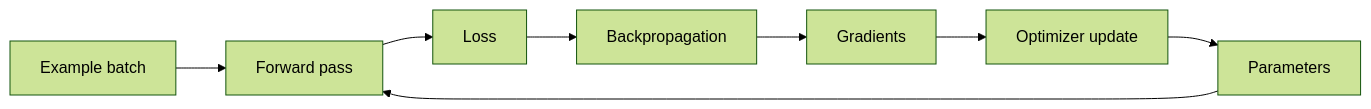
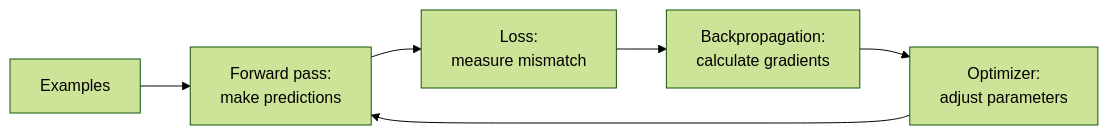
One commit to ColtMercer/open-llm-engineering changed the third of 5 diagrams in docs/01-foundations/02-learning-from-data.md. Above: the diagram before and after it, drawn with Mermaid (forest theme). The commit also changed other lines of this file and 13 other files, not shown here.

````diff
--- a/docs/01-foundations/02-learning-from-data.md
+++ b/docs/01-foundations/02-learning-from-data.md
@@ -18,10 +93,8 @@
 ```mermaid
 flowchart LR
-    X[Example batch] --> F[Forward pass]
-    W[Parameters] --> F
-    F --> L[Loss]
-    L --> B[Backpropagation]
-    B --> G[Gradients]
-    G --> U[Optimizer update]
-    U --> W
+    X[Examples] --> F[Forward pass:<br/>make predictions]
+    F --> L[Loss:<br/>measure mismatch]
+    L --> B[Backpropagation:<br/>calculate gradients]
+    B --> O[Optimizer:<br/>adjust parameters]
+    O --> F
 ```
````
